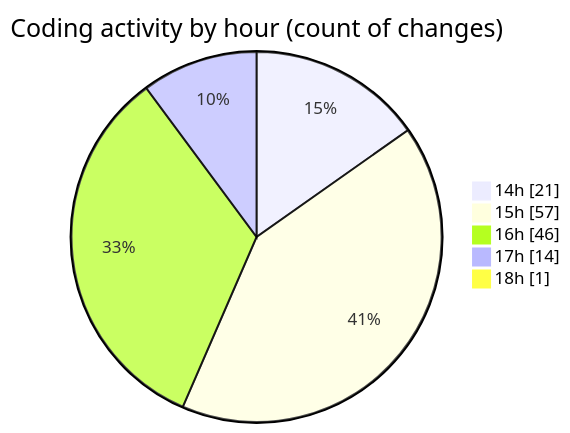
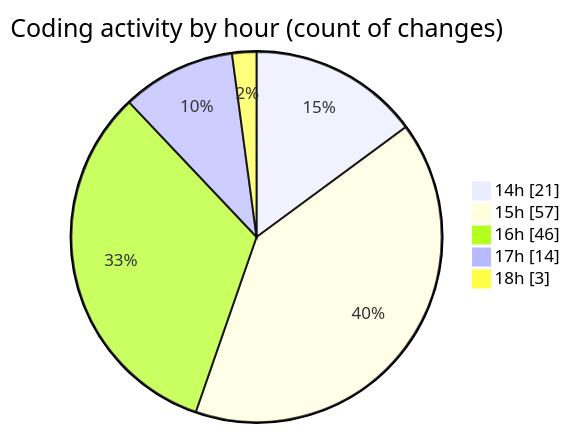
Before and after one commit to Ritupan-Deka/code-tracking: the second of 2 diagrams in 2025-05-24/projects/README.md, drawn with Mermaid. The commit also changed other lines of this file and 1 other file, not shown here.

````diff
--- a/2025-05-24/projects/README.md
+++ b/2025-05-24/projects/README.md
@@ -35,9 +35,9 @@
 ```mermaid
 pie showData
 title Coding activity by hour (count of changes)
 "14h" : 21
 "15h" : 57
 "16h" : 46
 "17h" : 14
-"18h" : 1
+"18h" : 3
 ```
````
